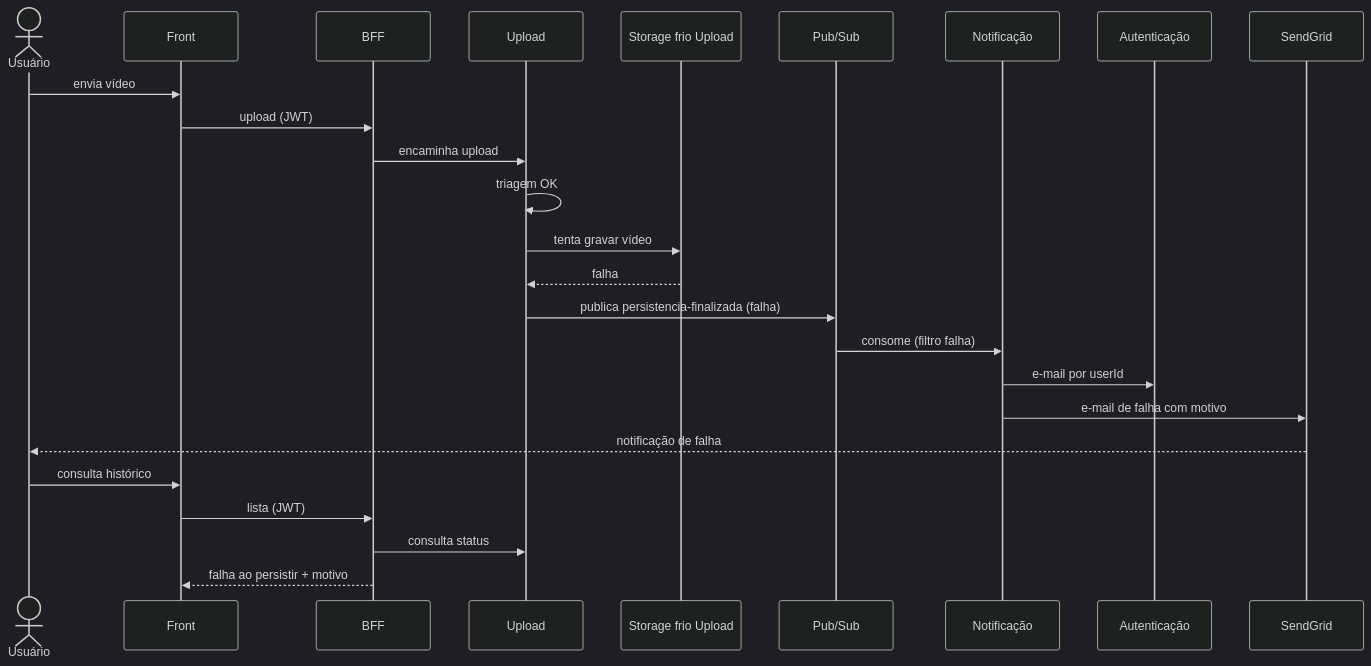
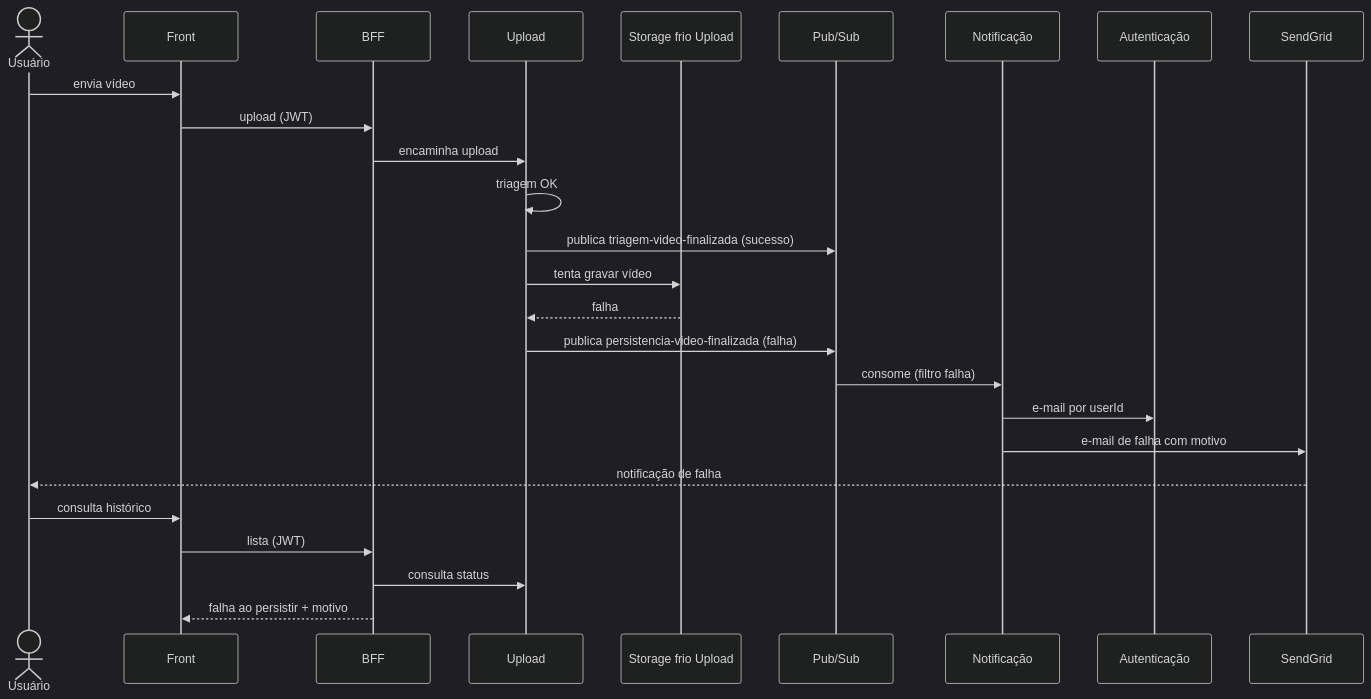
The diagram in fluxo-e-estados/04_falha-ao-persistir.md (fiap-x-vcosta/docs), drawn with Mermaid (dark theme) before and after one commit. The commit also changed 9 other files, not shown here.

````diff
--- a/fluxo-e-estados/04_falha-ao-persistir.md
+++ b/fluxo-e-estados/04_falha-ao-persistir.md
@@ -1,28 +1,29 @@
 ```mermaid
 sequenceDiagram
   actor U as Usuário
   participant Web as Front
   participant BFF as BFF
   participant Up as Upload
   participant FrioUp as Storage frio Upload
   participant Bus as Pub/Sub
   participant Notif as Notificação
   participant Auth as Autenticação
   participant SG as SendGrid
 
   U->>Web: envia vídeo
   Web->>BFF: upload (JWT)
   BFF->>Up: encaminha upload
   Up->>Up: triagem OK
+  Up->>Bus: publica triagem-video-finalizada (sucesso)
   Up->>FrioUp: tenta gravar vídeo
   FrioUp-->>Up: falha
-  Up->>Bus: publica persistencia-finalizada (falha)
+  Up->>Bus: publica persistencia-video-finalizada (falha)
   Bus->>Notif: consome (filtro falha)
   Notif->>Auth: e-mail por userId
   Notif->>SG: e-mail de falha com motivo
   SG-->>U: notificação de falha
   U->>Web: consulta histórico
   Web->>BFF: lista (JWT)
   BFF->>Up: consulta status
   BFF-->>Web: falha ao persistir + motivo
 ```
````
